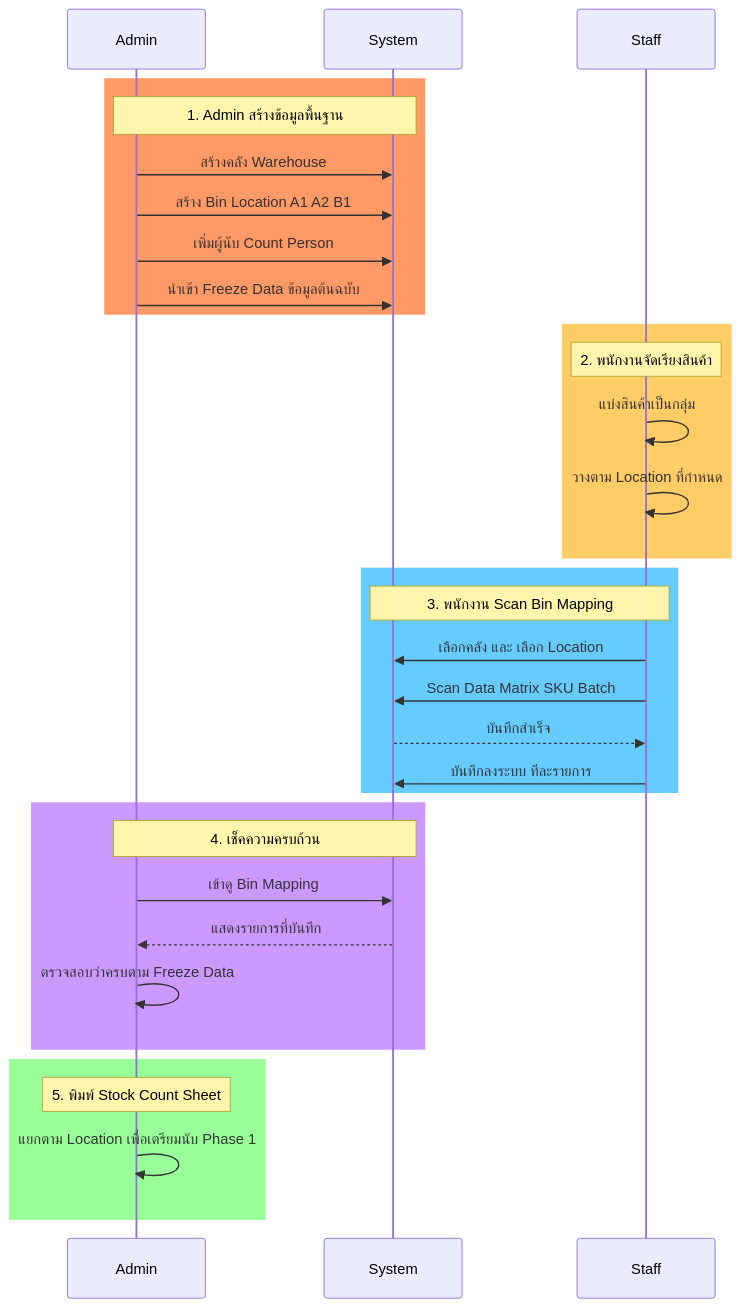
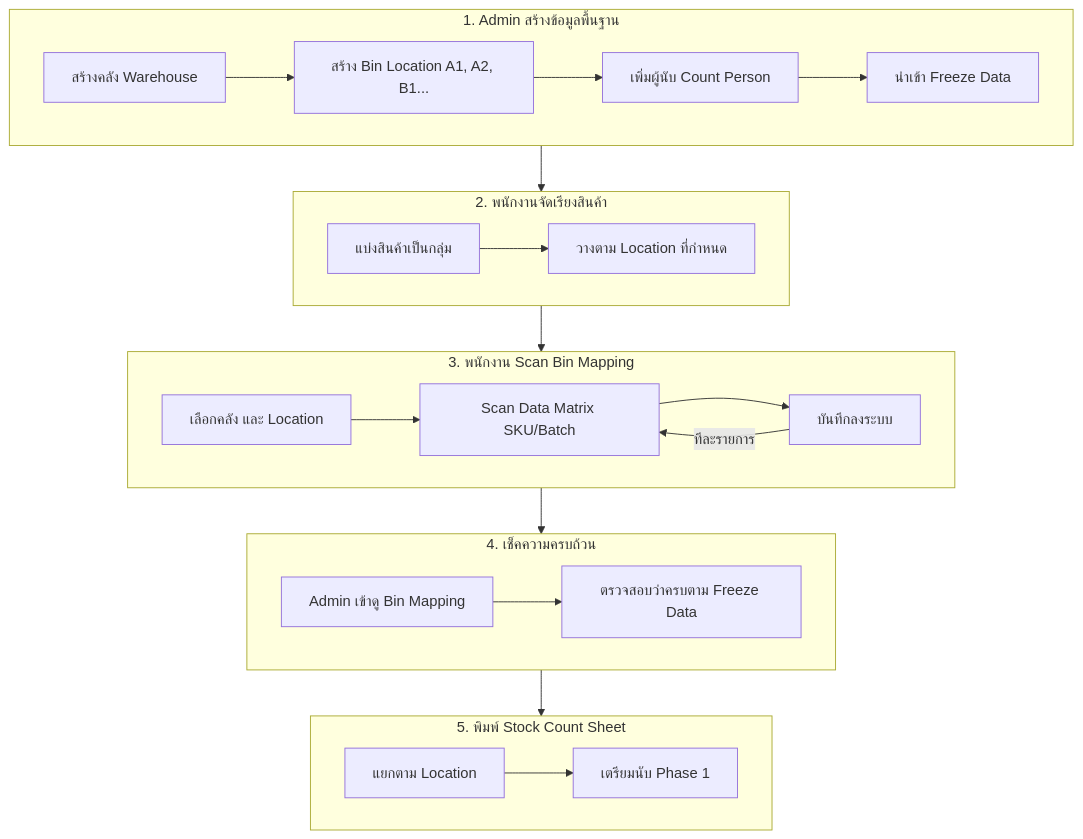
One commit to atchari/StockCountingAlm2025 changed the second of 5 diagrams in user-manual.md. Above: the diagram before and after it, drawn with Mermaid. The commit also changed other lines of this file and 85 other files, not shown here.

````diff
--- a/user-manual.md
+++ b/user-manual.md
@@ -167,40 +184,38 @@
 ```mermaid
-sequenceDiagram
-    participant Admin
-    participant System
-    participant Staff
-    
-    rect rgb(255, 153, 102)
-    Note over Admin,System: 1. Admin สร้างข้อมูลพื้นฐาน
-    Admin->>System: สร้างคลัง Warehouse
-    Admin->>System: สร้าง Bin Location A1 A2 B1
-    Admin->>System: เพิ่มผู้นับ Count Person
-    Admin->>System: นำเข้า Freeze Data ข้อมูลต้นฉบับ
+flowchart TB
+    subgraph Step1["1. Admin สร้างข้อมูลพื้นฐาน"]
+        A1[สร้างคลัง Warehouse]
+        A2[สร้าง Bin Location A1, A2, B1...]
+        A3[เพิ่มผู้นับ Count Person]
+        A4[นำเข้า Freeze Data]
+        A1 --> A2 --> A3 --> A4
     end
     
-    rect rgb(255, 204, 102)
-    Note over Staff: 2. พนักงานจัดเรียงสินค้า
-    Staff->>Staff: แบ่งสินค้าเป็นกลุ่ม
-    Staff->>Staff: วางตาม Location ที่กำหนด
+    subgraph Step2["2. พนักงานจัดเรียงสินค้า"]
+        B1[แบ่งสินค้าเป็นกลุ่ม]
+        B2[วางตาม Location ที่กำหนด]
+        B1 --> B2
     end
     
-    rect rgb(102, 204, 255)
-    Note over Staff,System: 3. พนักงาน Scan Bin Mapping
-    Staff->>System: เลือกคลัง และ เลือก Location
-    Staff->>System: Scan Data Matrix SKU Batch
-    System-->>Staff: บันทึกสำเร็จ
-    Staff->>System: บันทึกลงระบบ ทีละรายการ
+    subgraph Step3["3. พนักงาน Scan Bin Mapping"]
+        C1[เลือกคลัง และ Location]
+        C2[Scan Data Matrix SKU/Batch]
+        C3[บันทึกลงระบบ]
+        C1 --> C2 --> C3
+        C3 -->|ทีละรายการ| C2
     end
     
-    rect rgb(204, 153, 255)
-    Note over Admin,System: 4. เช็คความครบถ้วน
-    Admin->>System: เข้าดู Bin Mapping
-    System-->>Admin: แสดงรายการที่บันทึก
-    Admin->>Admin: ตรวจสอบว่าครบตาม Freeze Data
+    subgraph Step4["4. เช็คความครบถ้วน"]
+        D1[Admin เข้าดู Bin Mapping]
+        D2[ตรวจสอบว่าครบตาม Freeze Data]
+        D1 --> D2
     end
     
-    rect rgb(153, 255, 153)
-    Note over Admin: 5. พิมพ์ Stock Count Sheet
-    Admin->>Admin: แยกตาม Location เพื่อเตรียมนับ Phase 1
+    subgraph Step5["5. พิมพ์ Stock Count Sheet"]
+        E1[แยกตาม Location]
+        E2[เตรียมนับ Phase 1]
+        E1 --> E2
     end
+    
+    Step1 --> Step2 --> Step3 --> Step4 --> Step5
 ```
````
